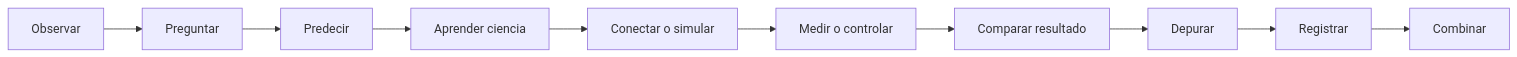
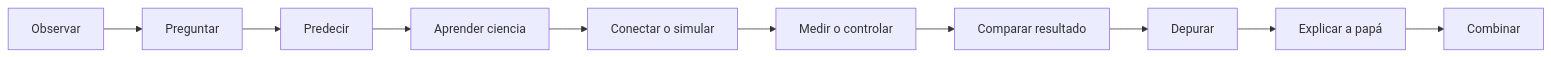
The diagram in ARCHITECTURE.md (jhongaleano09/PX-32), drawn with Mermaid before and after one commit. The commit also changed other lines of this file and 177 other files, not shown here.

````diff
--- a/ARCHITECTURE.md
+++ b/ARCHITECTURE.md
@@ -15,12 +15,12 @@
 ```mermaid
 flowchart LR
     A[Observar] --> B[Preguntar]
     B --> C[Predecir]
     C --> D[Aprender ciencia]
     D --> E[Conectar o simular]
     E --> F[Medir o controlar]
     F --> G[Comparar resultado]
     G --> H[Depurar]
-    H --> I[Registrar]
+    H --> I[Explicar a papá]
     I --> J[Combinar]
 ```
````
